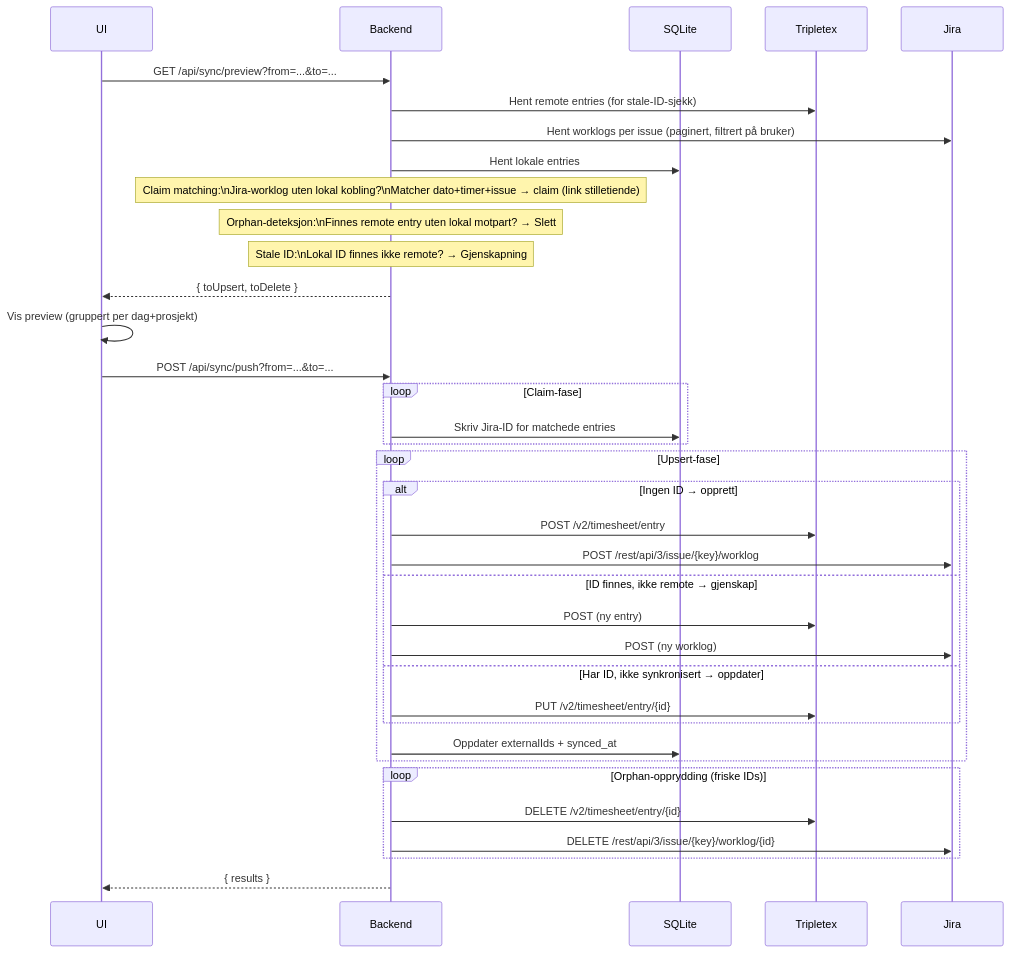
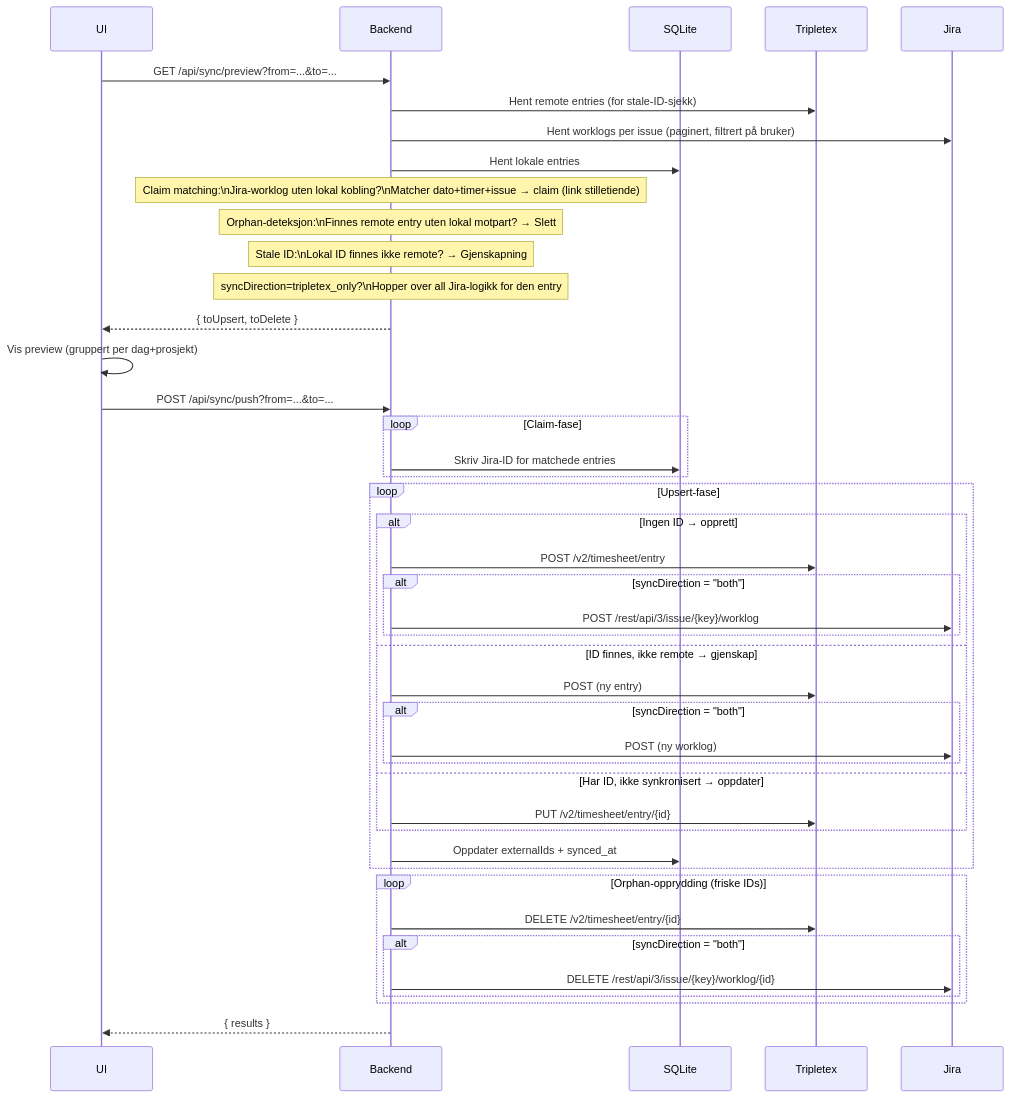
The second of 2 diagrams in README.md (dan1el/timesynk), drawn with Mermaid before and after one commit. The commit also changed other lines of this file and 6 other files, not shown here.

````diff
--- a/README.md
+++ b/README.md
@@ -56,45 +135,52 @@
 ```mermaid
 sequenceDiagram
     participant UI
     participant Backend
     participant DB as SQLite
     participant TTX as Tripletex
     participant Jira
 
     UI->>Backend: GET /api/sync/preview?from=...&to=...
     Backend->>TTX: Hent remote entries (for stale-ID-sjekk)
     Backend->>Jira: Hent worklogs per issue (paginert, filtrert på bruker)
     Backend->>DB: Hent lokale entries
 
     note over Backend: Claim matching:\nJira-worklog uten lokal kobling?\nMatcher dato+timer+issue → claim (link stilletiende)
 
     note over Backend: Orphan-deteksjon:\nFinnes remote entry uten lokal motpart? → Slett
     note over Backend: Stale ID:\nLokal ID finnes ikke remote? → Gjenskapning
+    note over Backend: syncDirection=tripletex_only?\nHopper over all Jira-logikk for den entry
 
     Backend-->>UI: { toUpsert, toDelete }
 
     UI->>UI: Vis preview (gruppert per dag+prosjekt)
     UI->>Backend: POST /api/sync/push?from=...&to=...
 
     loop Claim-fase
         Backend->>DB: Skriv Jira-ID for matchede entries
     end
     loop Upsert-fase
         alt Ingen ID → opprett
             Backend->>TTX: POST /v2/timesheet/entry
-            Backend->>Jira: POST /rest/api/3/issue/{key}/worklog
+            alt syncDirection = "both"
+                Backend->>Jira: POST /rest/api/3/issue/{key}/worklog
+            end
         else ID finnes, ikke remote → gjenskap
             Backend->>TTX: POST (ny entry)
-            Backend->>Jira: POST (ny worklog)
+            alt syncDirection = "both"
+                Backend->>Jira: POST (ny worklog)
+            end
         else Har ID, ikke synkronisert → oppdater
             Backend->>TTX: PUT /v2/timesheet/entry/{id}
         end
         Backend->>DB: Oppdater externalIds + synced_at
     end
     loop Orphan-opprydding (friske IDs)
         Backend->>TTX: DELETE /v2/timesheet/entry/{id}
-        Backend->>Jira: DELETE /rest/api/3/issue/{key}/worklog/{id}
+        alt syncDirection = "both"
+            Backend->>Jira: DELETE /rest/api/3/issue/{key}/worklog/{id}
+        end
     end
 
     Backend-->>UI: { results }
 ```
````
